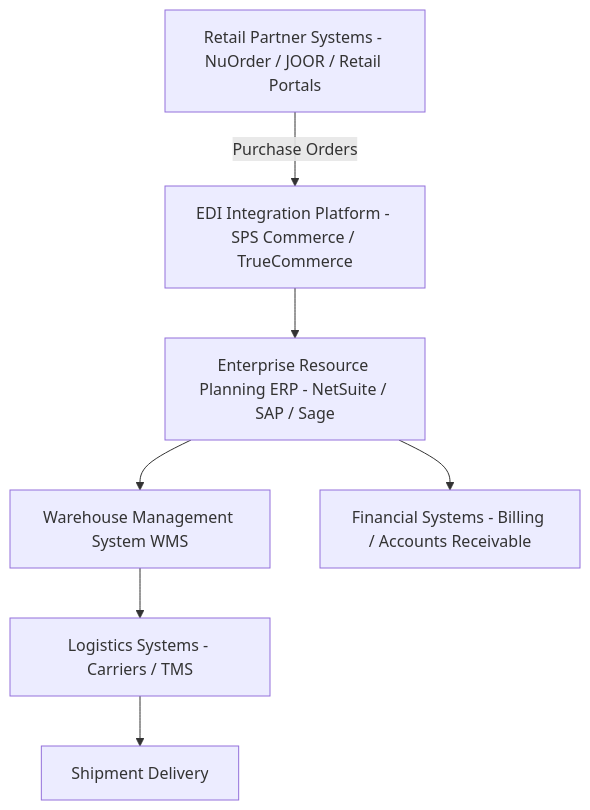
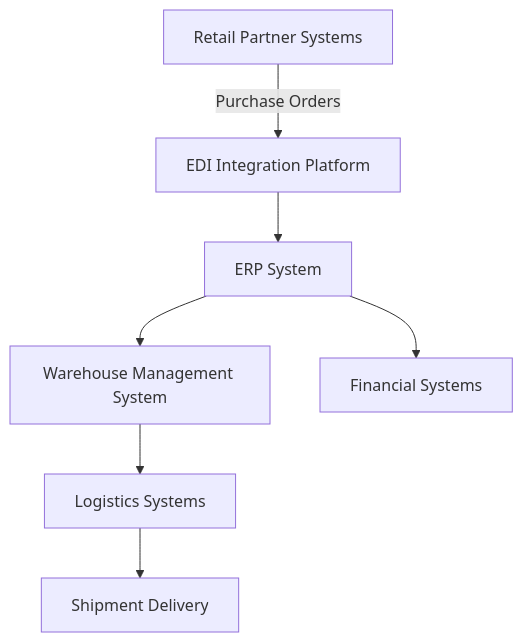
Before and after one commit to gthreats/wholesale-operations-management-framework: the diagram in 10_Operations_Visuals/Wholesale_System_Architecture.md, drawn with Mermaid.

````diff
--- a/10_Operations_Visuals/Wholesale_System_Architecture.md
+++ b/10_Operations_Visuals/Wholesale_System_Architecture.md
@@ -7,18 +7,9 @@
 ```mermaid
 flowchart TD
-
-A[Retail Partner Systems - NuOrder / JOOR / Retail Portals]
-B[EDI Integration Platform - SPS Commerce / TrueCommerce]
-C[Enterprise Resource Planning ERP - NetSuite / SAP / Sage]
-D[Warehouse Management System WMS]
-E[Financial Systems - Billing / Accounts Receivable]
-F[Logistics Systems - Carriers / TMS]
-G[Shipment Delivery]
-
-A -->|Purchase Orders| B
-B --> C
-C --> D
-C --> E
-D --> F
-F --> G
+A[Retail Partner Systems] -->|Purchase Orders| B[EDI Integration Platform]
+B --> C[ERP System]
+C --> D[Warehouse Management System]
+C --> E[Financial Systems]
+D --> F[Logistics Systems]
+F --> G[Shipment Delivery]
 ```
````
